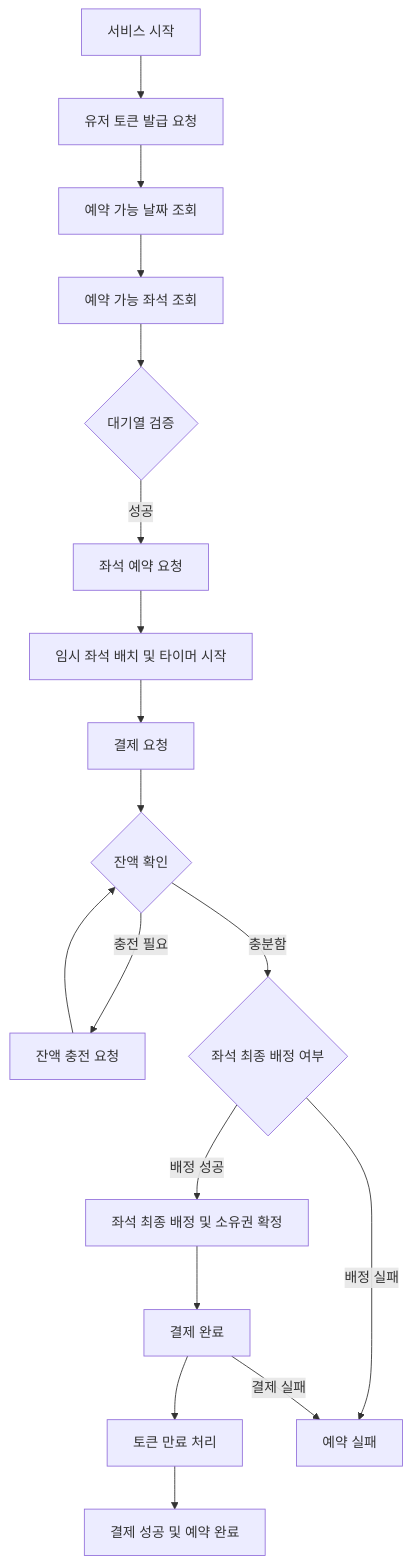
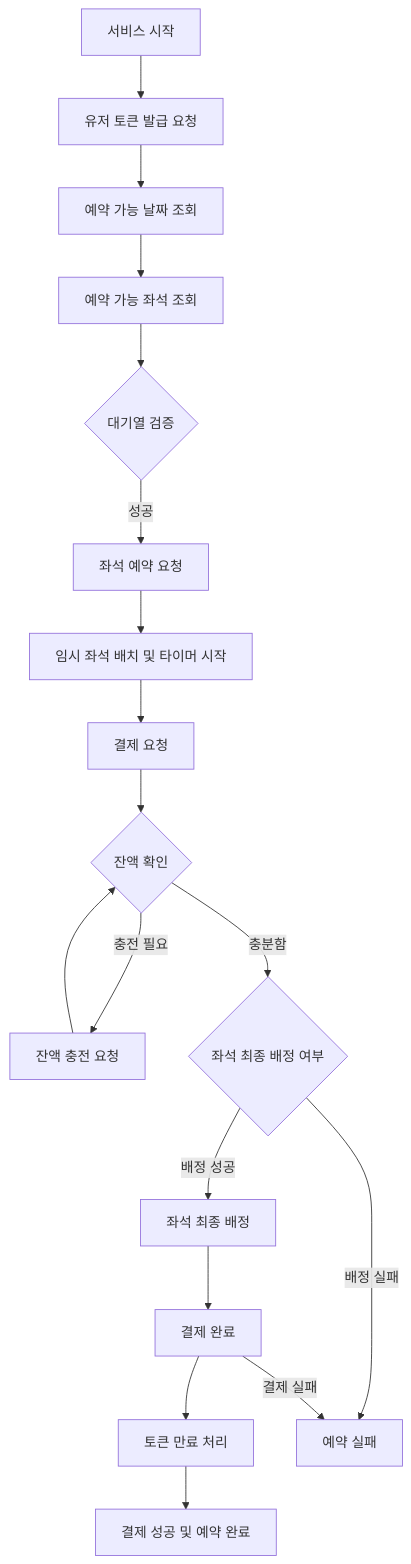
The tenth of 10 diagrams in README.md (fatallinverno/hhplus-concert-reservation), drawn with Mermaid before and after one commit.

Commit message:
플로우 차트 명칭 변경

````diff
--- a/README.md
+++ b/README.md
@@ -210,21 +210,21 @@
 ```mermaid
 flowchart TD
     A[서비스 시작] --> B[유저 토큰 발급 요청]
     B --> C[예약 가능 날짜 조회]
     C --> D[예약 가능 좌석 조회]
     D --> E{대기열 검증}
     E -->|성공| F[좌석 예약 요청]
     F --> G[임시 좌석 배치 및 타이머 시작]
    G --> H[결제 요청]
     H --> I{잔액 확인}
     I -->|충전 필요| J[잔액 충전 요청]
     I -->|충분함| K{좌석 최종 배정 여부}
-    K -->|배정 성공| L[좌석 최종 배정 및 소유권 확정]
+    K -->|배정 성공| L[좌석 최종 배정]
     L --> M[결제 완료]
     M --> N[토큰 만료 처리]
     N --> O[결제 성공 및 예약 완료]
     
     J --> I
     K -->|배정 실패| X[예약 실패]
     M -->|결제 실패| X
 ```
````
